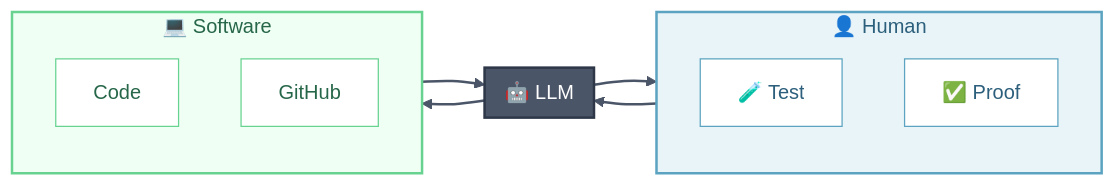
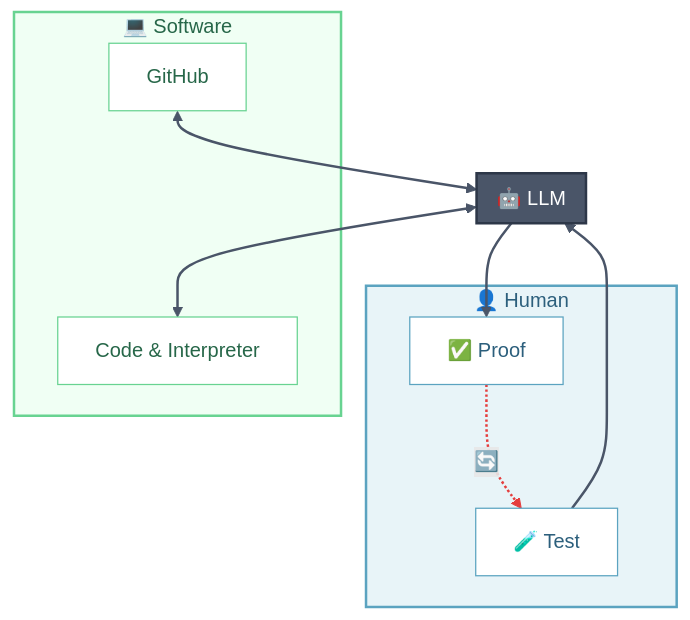
One commit to CodingThrust/PromptEngineeringForScience changed the diagram in coding/coding-flow.md. Above: the diagram before and after it, drawn with Mermaid.

````diff
--- a/coding/coding-flow.md
+++ b/coding/coding-flow.md
@@ -5,34 +5,33 @@
 ```mermaid
-flowchart LR
+flowchart TB
     subgraph Human["👤 Human"]
-        direction TB
         T[🧪 Test]
         PR[✅ Proof]
     end
 
     subgraph AI["🤖 LLM"]
-        direction TB
     end
 
-    subgraph Env["💻 Software"]
-        direction TB
-        C[Code]
+    subgraph Soft["💻 Software"]
+        C[Code & Interpreter]
         GH[GitHub]
     end
 
     T --> AI
-    AI --> C
-    GH --> AI
+    AI <--> C
+    GH <--> AI
     AI --> PR
+    PR -.->|🔄| T
 
     style Human fill:#e8f4f8,stroke:#5ba3c0,stroke-width:2px,color:#2c5f7c
     style AI fill:#4a5568,stroke:#2d3748,stroke-width:2px,color:#fff
-    style Env fill:#f0fff4,stroke:#68d391,stroke-width:2px,color:#276749
+    style Soft fill:#f0fff4,stroke:#68d391,stroke-width:2px,color:#276749
     
     style T fill:#fff,stroke:#5ba3c0,color:#2c5f7c
     style PR fill:#fff,stroke:#5ba3c0,color:#2c5f7c
     style C fill:#fff,stroke:#68d391,color:#276749
     style GH fill:#fff,stroke:#68d391,color:#276749
     
     linkStyle 0,1,2,3 stroke:#4a5568,stroke-width:2px
+    linkStyle 4 stroke:#e53e3e,stroke-width:2px
 ```
````
